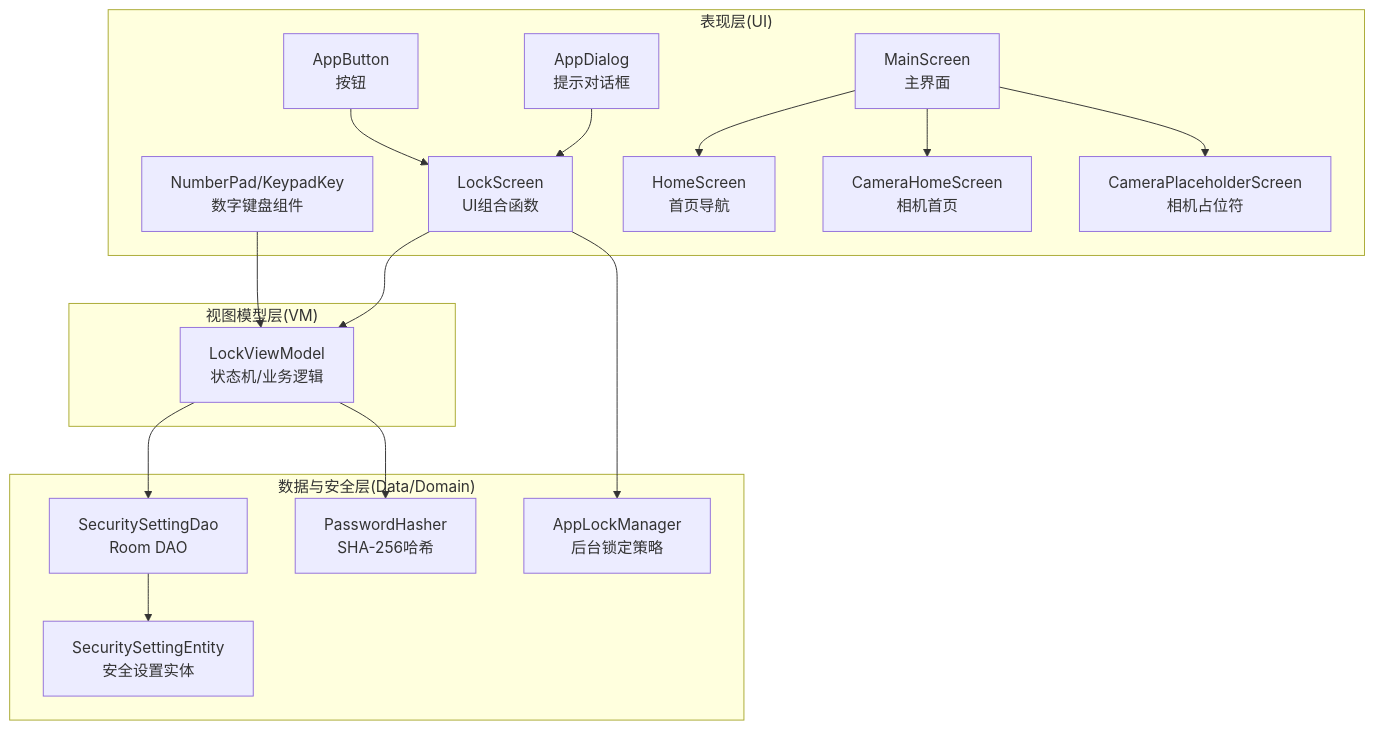
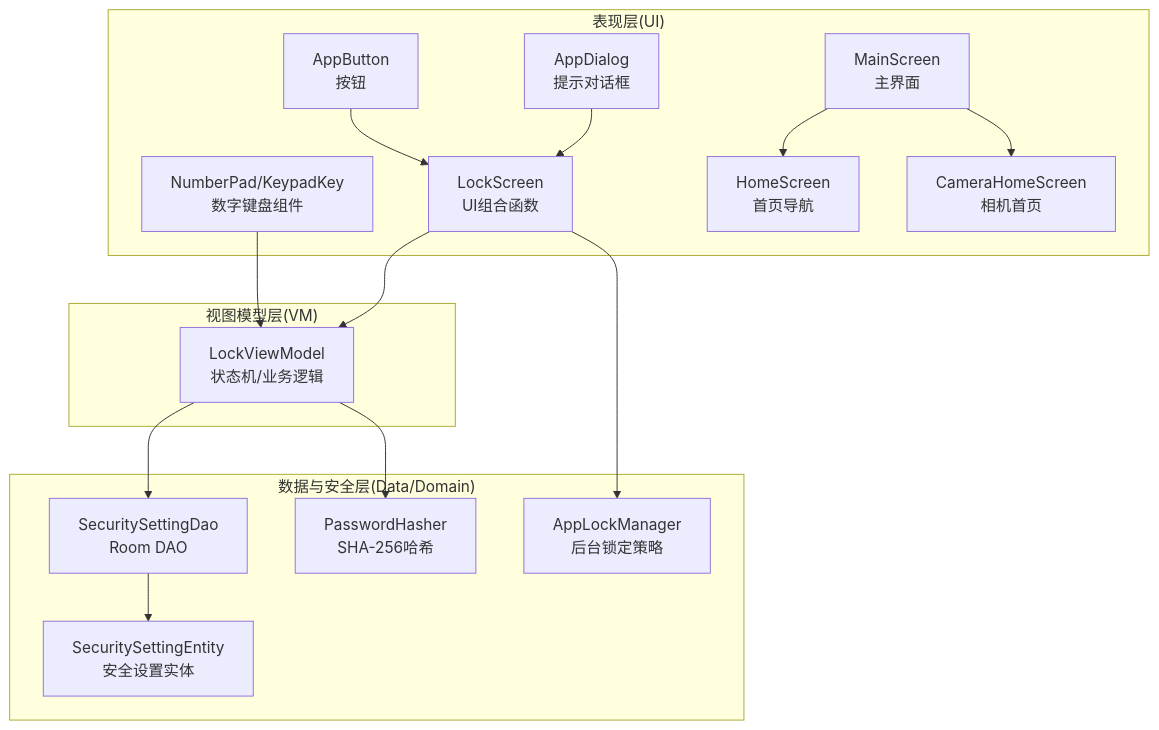
One commit to wanhongbo/ai-photo-vault changed the first of 8 diagrams in .qoder/repowiki/zh/content/核心功能模块/安全解锁系统/安全解锁系统.md. Above: the diagram before and after it, drawn with Mermaid. The commit also changed other lines of this file and 9 other files, not shown here.

````diff
--- a/.qoder/repowiki/zh/content/核心功能模块/安全解锁系统/安全解锁系统.md
+++ b/.qoder/repowiki/zh/content/核心功能模块/安全解锁系统/安全解锁系统.md
@@ -53,33 +53,31 @@
 ```mermaid
 graph TB
 subgraph "表现层(UI)"
 LS["LockScreen<br/>UI组合函数"]
 KP["NumberPad/KeypadKey<br/>数字键盘组件"]
 AD["AppDialog<br/>提示对话框"]
 AB["AppButton<br/>按钮"]
 MS["MainScreen<br/>主界面"]
 HS["HomeScreen<br/>首页导航"]
 CHS["CameraHomeScreen<br/>相机首页"]
-CPS["CameraPlaceholderScreen<br/>相机占位符"]
 end
 subgraph "视图模型层(VM)"
 LVM["LockViewModel<br/>状态机/业务逻辑"]
 end
 subgraph "数据与安全层(Data/Domain)"
 DAO["SecuritySettingDao<br/>Room DAO"]
 ENT["SecuritySettingEntity<br/>安全设置实体"]
 PH["PasswordHasher<br/>SHA-256哈希"]
 ALM["AppLockManager<br/>后台锁定策略"]
 end
 LS --> LVM
 KP --> LVM
 AD --> LS
 AB --> LS
 MS --> HS
 MS --> CHS
-MS --> CPS
 LVM --> DAO
 DAO --> ENT
 LVM --> PH
 LS --> ALM
 ```
````
